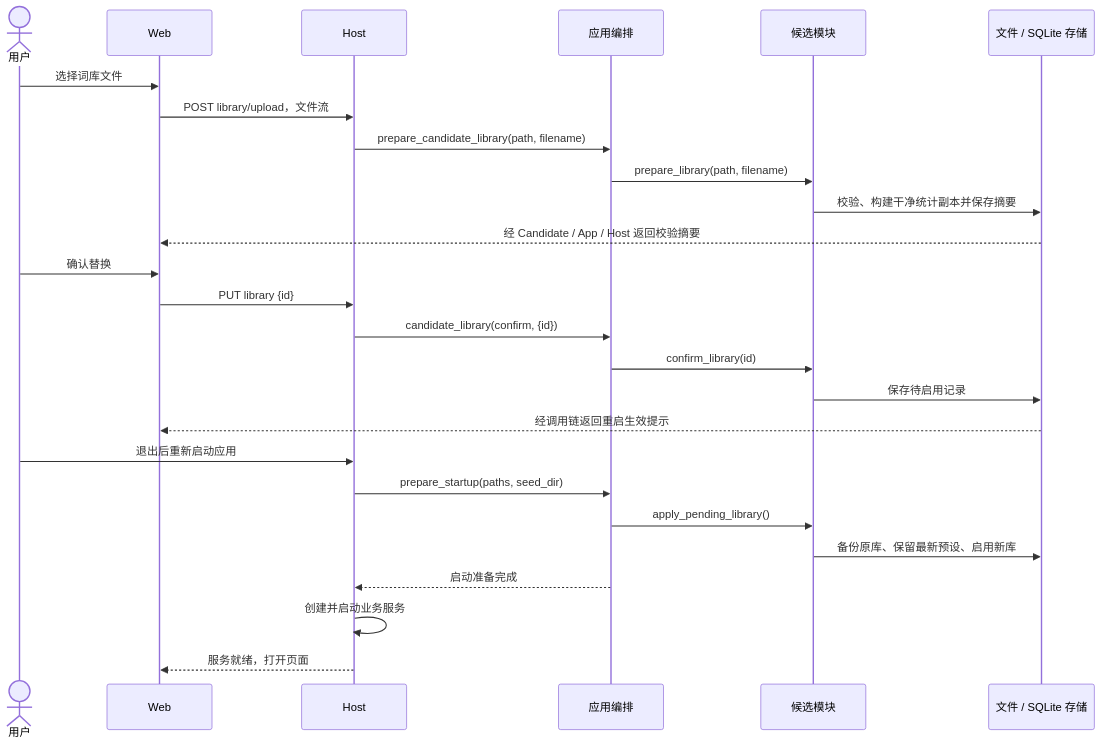
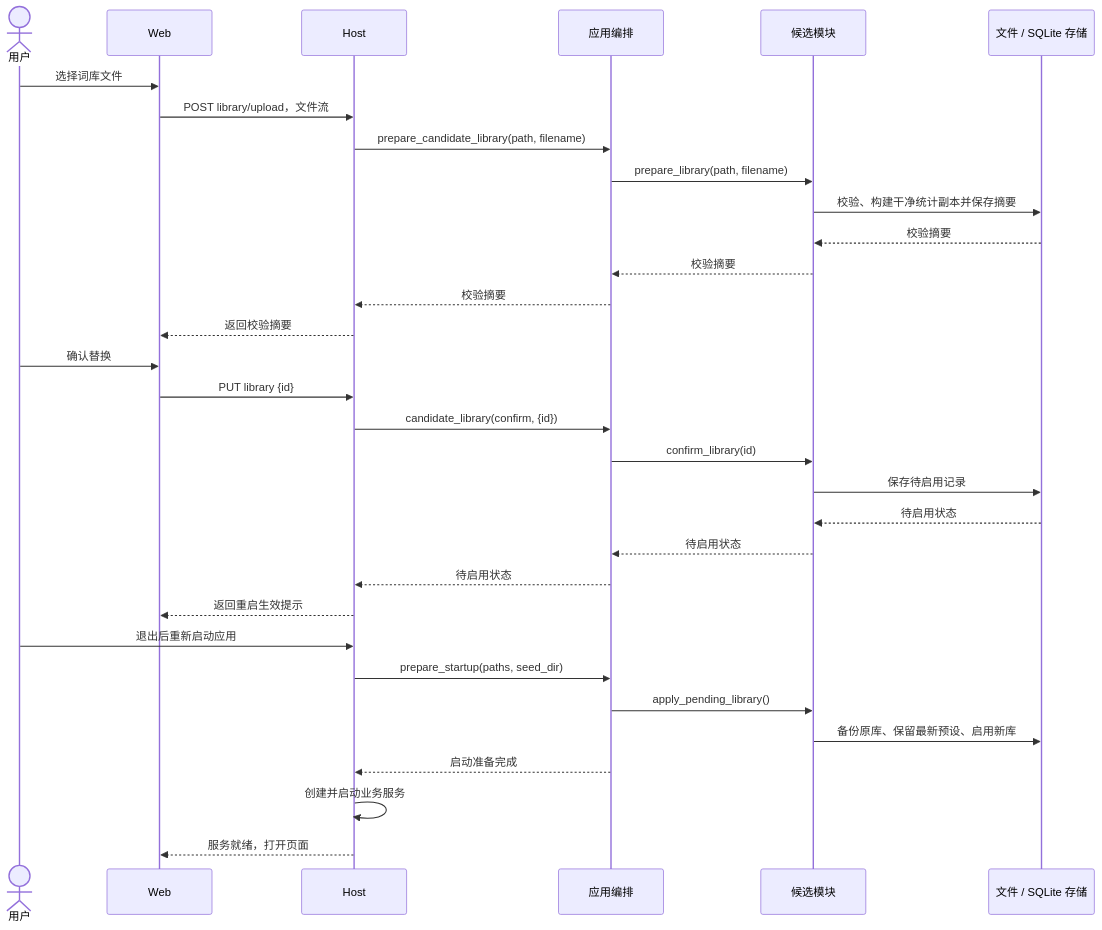
Before and after one commit to Lykr/pictide: the second of 2 diagrams in docs/issues/portable-release-implementation.md, drawn with Mermaid.

Commit message:
Clarify library import response flow

````diff
--- a/docs/issues/portable-release-implementation.md
+++ b/docs/issues/portable-release-implementation.md
@@ -55,28 +55,34 @@
 ```mermaid
 sequenceDiagram
     actor User as 用户
     participant UI as Web
     participant Host as Host
     participant App as 应用编排
     participant Candidate as 候选模块
     participant Store as 文件 / SQLite 存储
     User->>UI: 选择词库文件
     UI->>Host: POST library/upload，文件流
     Host->>App: prepare_candidate_library(path, filename)
     App->>Candidate: prepare_library(path, filename)
     Candidate->>Store: 校验、构建干净统计副本并保存摘要
-    Store-->>UI: 经 Candidate / App / Host 返回校验摘要
+    Store-->>Candidate: 校验摘要
+    Candidate-->>App: 校验摘要
+    App-->>Host: 校验摘要
+    Host-->>UI: 返回校验摘要
     User->>UI: 确认替换
     UI->>Host: PUT library {id}
     Host->>App: candidate_library(confirm, {id})
     App->>Candidate: confirm_library(id)
     Candidate->>Store: 保存待启用记录
-    Store-->>UI: 经调用链返回重启生效提示
+    Store-->>Candidate: 待启用状态
+    Candidate-->>App: 待启用状态
+    App-->>Host: 待启用状态
+    Host-->>UI: 返回重启生效提示
     User->>Host: 退出后重新启动应用
     Host->>App: prepare_startup(paths, seed_dir)
     App->>Candidate: apply_pending_library()
     Candidate->>Store: 备份原库、保留最新预设、启用新库
     App-->>Host: 启动准备完成
     Host->>Host: 创建并启动业务服务
     Host-->>UI: 服务就绪，打开页面
 ```
````
